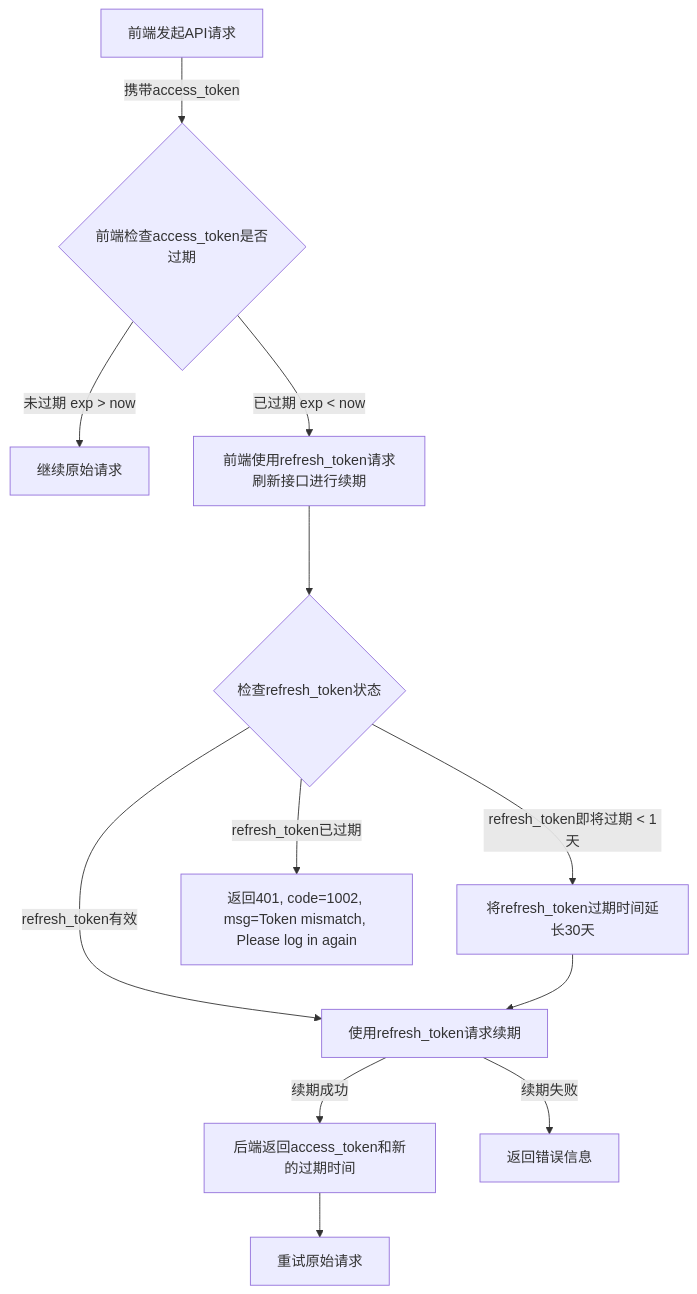
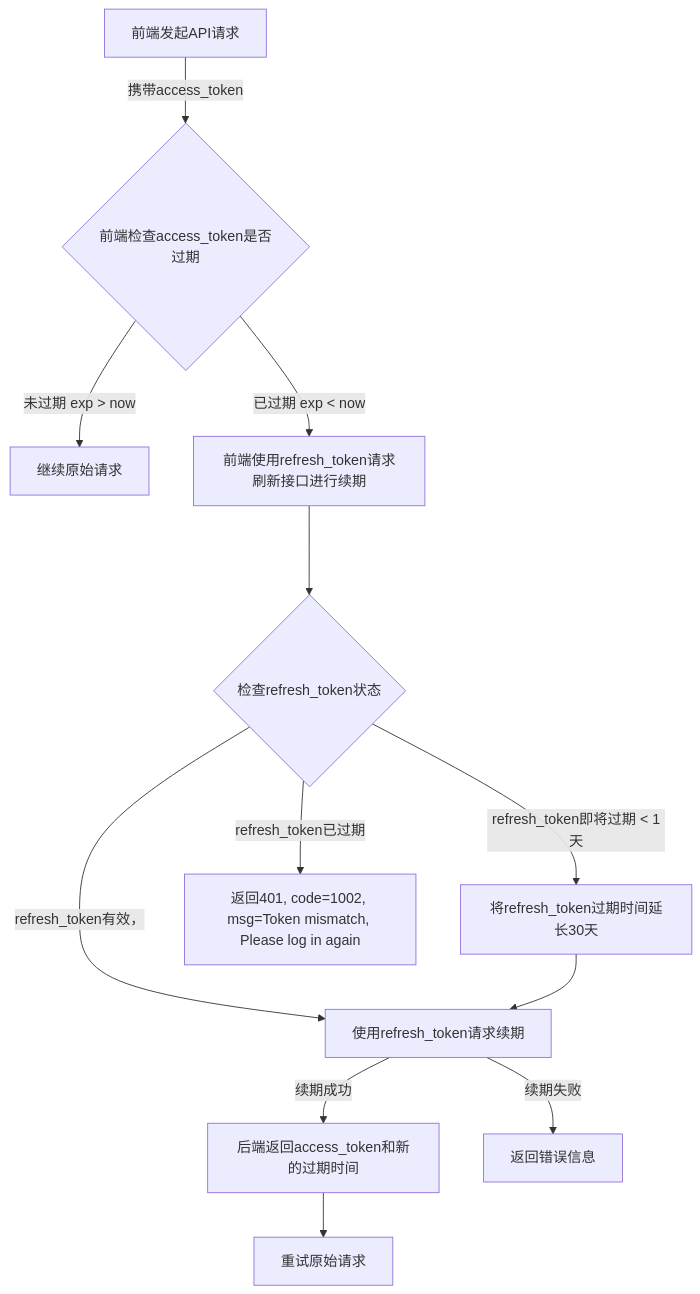
One commit to yingjianzh/iodraw-files changed the diagram in all/openAPI-17.md. Above: the diagram before and after it, drawn with Mermaid.

Commit message:
2025-01-08 18:14:41 update

````diff
--- a/all/openAPI-17.md
+++ b/all/openAPI-17.md
@@ -1,15 +1,15 @@
 ```mermaid
 flowchart TD
     A[前端发起API请求] -->|携带access_token| B{前端检查access_token是否过期}
     B -->|未过期 exp > now| C[继续原始请求]
     B -->|已过期 exp < now| D[前端使用refresh_token请求刷新接口进行续期]
     D ---> L{检查refresh_token状态}
     L -->|refresh_token即将过期 < 1天| E[将refresh_token过期时间延长30天]
     L -->|refresh_token已过期| F[返回401, code=1002, msg=Token mismatch, Please log in again]
-    L -->|refresh_token有效| G[使用refresh_token请求续期]
+    L -->|refresh_token有效，| G[使用refresh_token请求续期]
     G -->|续期成功| H[后端返回access_token和新的过期时间]
     G -->|续期失败| I[返回错误信息]
     H --> J[重试原始请求]
     E --> G
 
 ```
````
